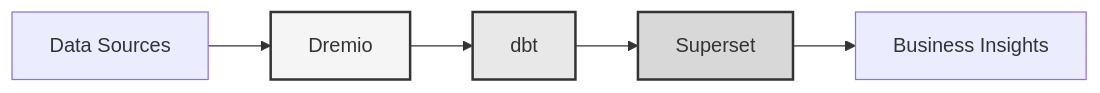
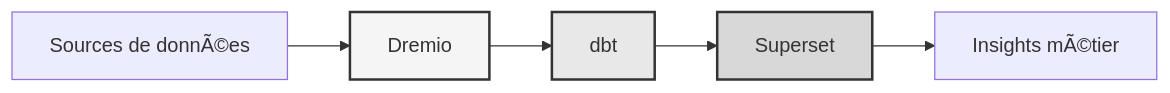
The diagram in docs/i18n/ar/README.md (Monsau/Talentys-OSS-Data-Platform), drawn with Mermaid before and after one commit. The commit also changed other lines of this file and 485 other files, not shown here.

First line of the commit message:
feat: v1.1.0 - Complete i18n roadmap, AI services, and data platform

````diff
--- a/docs/i18n/ar/README.md
+++ b/docs/i18n/ar/README.md
@@ -17,11 +17,11 @@
 ```mermaid
 graph LR
-    A[Data Sources] --> B[Dremio]
+    A[Sources de donnÃ©es] --> B[Dremio]
     B --> C[dbt]
     C --> D[Superset]
-    D --> E[Business Insights]
+    D --> E[Insights mÃ©tier]
     
     style B fill:#f5f5f5,stroke:#333,stroke-width:2px
     style C fill:#e8e8e8,stroke:#333,stroke-width:2px
     style D fill:#d8d8d8,stroke:#333,stroke-width:2px
 ```
````
